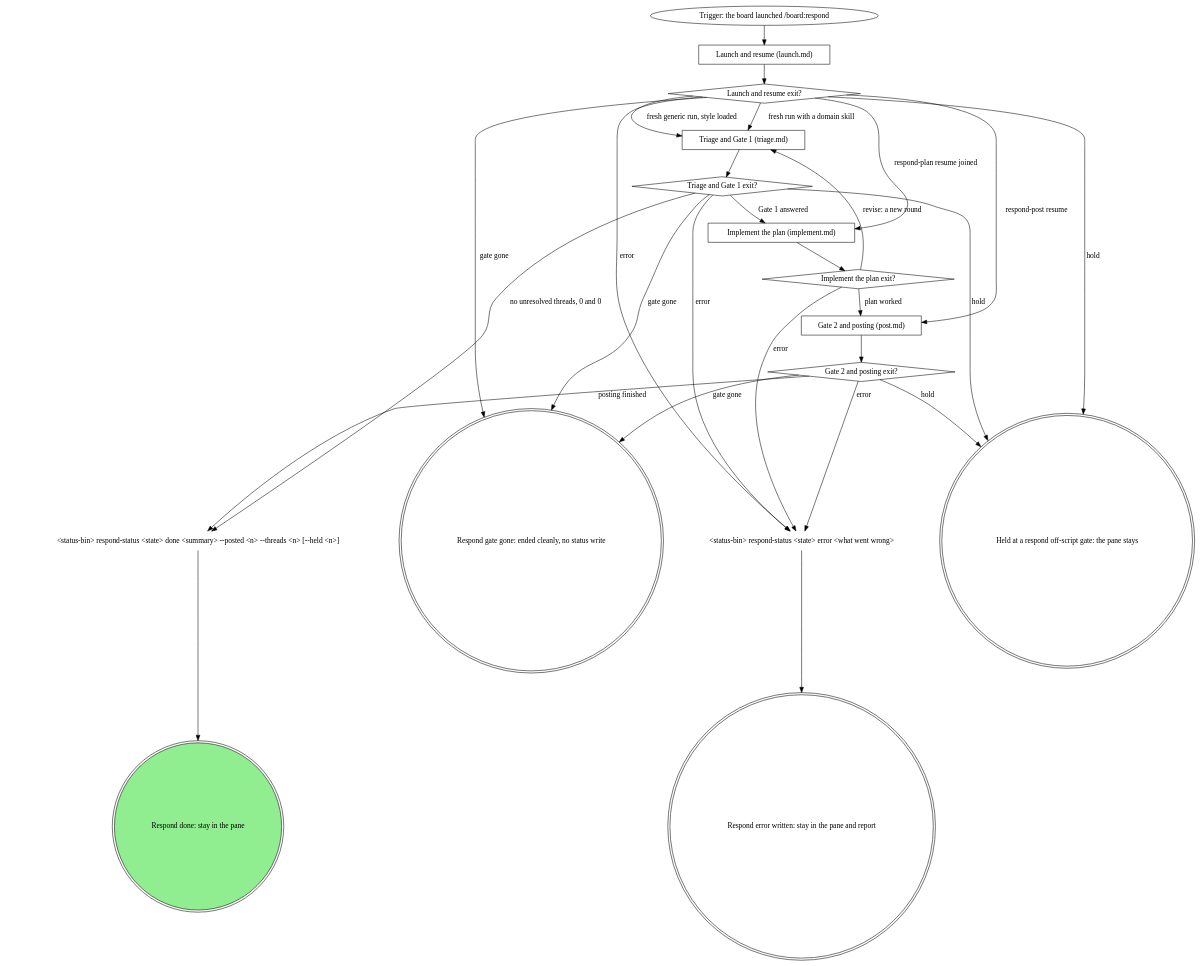
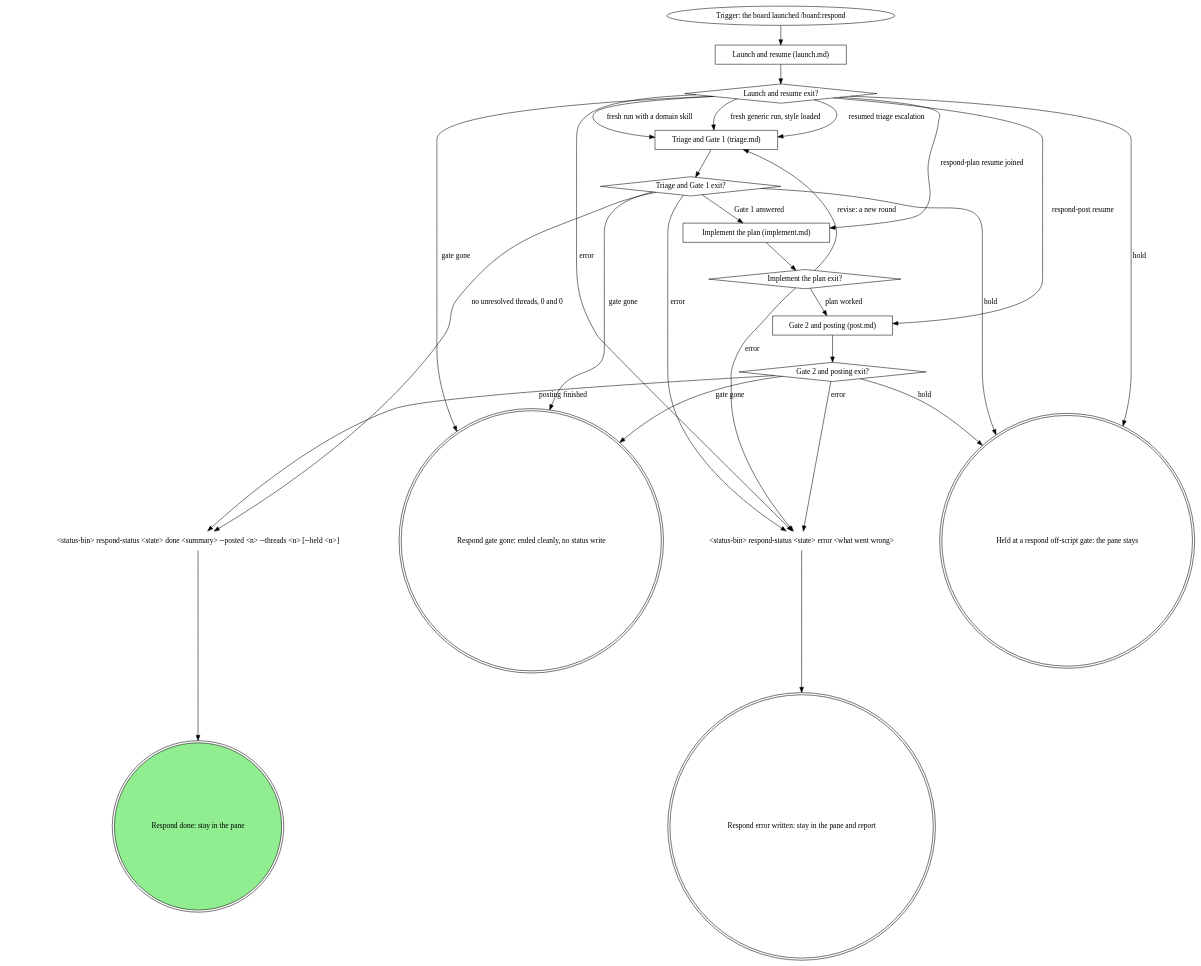
Before and after one commit to m4ttstack/mattstack: the first of 2 diagrams in apps/board/skills-src/respond/SKILL.md, drawn with Graphviz. The commit also changed other lines of this file and 9 other files, not shown here.

Commit message:
board:respond: escalations park and resume; Gate 2 picks recorded

````diff
--- a/apps/board/skills-src/respond/SKILL.md
+++ b/apps/board/skills-src/respond/SKILL.md
@@ -60,48 +60,49 @@
 ```dot
 digraph respond_map {
     rankdir=TB;
 
     "Trigger: the board launched /board:respond" [shape=ellipse];
     "Launch and resume (launch.md)" [shape=box];
     "Launch and resume exit?" [shape=diamond];
     "Triage and Gate 1 (triage.md)" [shape=box];
     "Triage and Gate 1 exit?" [shape=diamond];
     "Implement the plan (implement.md)" [shape=box];
     "Implement the plan exit?" [shape=diamond];
     "Gate 2 and posting (post.md)" [shape=box];
     "Gate 2 and posting exit?" [shape=diamond];
     "<status-bin> respond-status <state> done <summary> --posted <n> --threads <n> [--held <n>]" [shape=plaintext];
     "<status-bin> respond-status <state> error <what went wrong>" [shape=plaintext];
     "Respond error written: stay in the pane and report" [shape=doublecircle];
     "Respond gate gone: ended cleanly, no status write" [shape=doublecircle];
     "Held at a respond off-script gate: the pane stays" [shape=doublecircle];
     "Respond done: stay in the pane" [shape=doublecircle style=filled fillcolor=lightgreen];
 
     "Trigger: the board launched /board:respond" -> "Launch and resume (launch.md)";
     "Launch and resume (launch.md)" -> "Launch and resume exit?";
     "Launch and resume exit?" -> "Triage and Gate 1 (triage.md)" [label="fresh run with a domain skill"];
     "Launch and resume exit?" -> "Triage and Gate 1 (triage.md)" [label="fresh generic run, style loaded"];
     "Launch and resume exit?" -> "Implement the plan (implement.md)" [label="respond-plan resume joined"];
     "Launch and resume exit?" -> "Gate 2 and posting (post.md)" [label="respond-post resume"];
+    "Launch and resume exit?" -> "Triage and Gate 1 (triage.md)" [label="resumed triage escalation"];
     "Launch and resume exit?" -> "Respond gate gone: ended cleanly, no status write" [label="gate gone"];
     "Launch and resume exit?" -> "<status-bin> respond-status <state> error <what went wrong>" [label="error"];
     "Launch and resume exit?" -> "Held at a respond off-script gate: the pane stays" [label="hold"];
     "Triage and Gate 1 (triage.md)" -> "Triage and Gate 1 exit?";
     "Triage and Gate 1 exit?" -> "Implement the plan (implement.md)" [label="Gate 1 answered"];
     "Triage and Gate 1 exit?" -> "<status-bin> respond-status <state> done <summary> --posted <n> --threads <n> [--held <n>]" [label="no unresolved threads, 0 and 0"];
     "Triage and Gate 1 exit?" -> "<status-bin> respond-status <state> error <what went wrong>" [label="error"];
     "Triage and Gate 1 exit?" -> "Respond gate gone: ended cleanly, no status write" [label="gate gone"];
     "Triage and Gate 1 exit?" -> "Held at a respond off-script gate: the pane stays" [label="hold"];
     "Implement the plan (implement.md)" -> "Implement the plan exit?";
     "Implement the plan exit?" -> "Gate 2 and posting (post.md)" [label="plan worked"];
     "Implement the plan exit?" -> "Triage and Gate 1 (triage.md)" [label="revise: a new round"];
     "Implement the plan exit?" -> "<status-bin> respond-status <state> error <what went wrong>" [label="error"];
     "Gate 2 and posting (post.md)" -> "Gate 2 and posting exit?";
     "Gate 2 and posting exit?" -> "<status-bin> respond-status <state> done <summary> --posted <n> --threads <n> [--held <n>]" [label="posting finished"];
     "Gate 2 and posting exit?" -> "<status-bin> respond-status <state> error <what went wrong>" [label="error"];
     "Gate 2 and posting exit?" -> "Respond gate gone: ended cleanly, no status write" [label="gate gone"];
     "Gate 2 and posting exit?" -> "Held at a respond off-script gate: the pane stays" [label="hold"];
     "<status-bin> respond-status <state> done <summary> --posted <n> --threads <n> [--held <n>]" -> "Respond done: stay in the pane";
     "<status-bin> respond-status <state> error <what went wrong>" -> "Respond error written: stay in the pane and report";
 }
 ```
````
